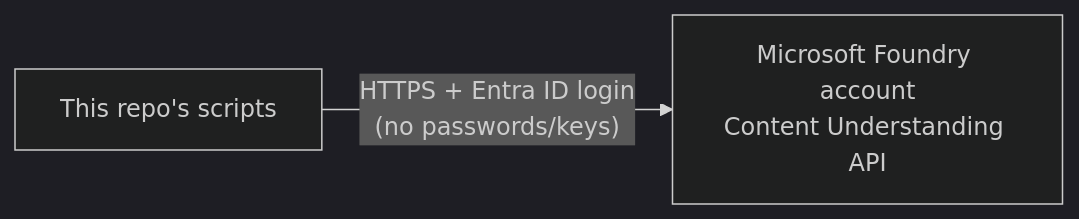
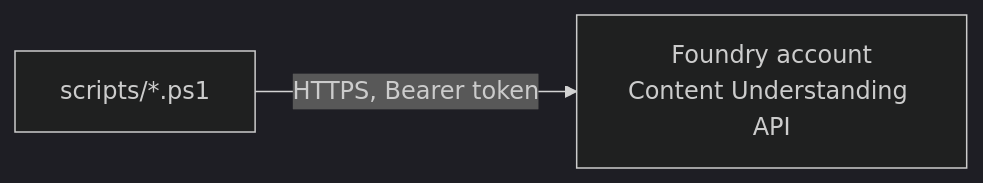
The diagram in docs/azure-foundry-architecture.md (georgeollis/content-understanding-mlops), drawn with Mermaid (dark theme) before and after one commit. The commit also changed other lines of this file and 3 other files, not shown here.

First line of the commit message:
docs: rewrite README, mlops-pipeline, azure-foundry-architecture in technical reference style

````diff
--- a/docs/azure-foundry-architecture.md
+++ b/docs/azure-foundry-architecture.md
@@ -13,4 +25,4 @@
 ```mermaid
 graph LR
-    REPO["This repo's scripts"] -->|"HTTPS + Entra ID login<br/>(no passwords/keys)"| FOUNDRY["Microsoft Foundry account<br/>Content Understanding API"]
+    REPO["scripts/*.ps1"] -->|"HTTPS, Bearer token"| FOUNDRY["Foundry account<br/>Content Understanding API"]
 ```
````
